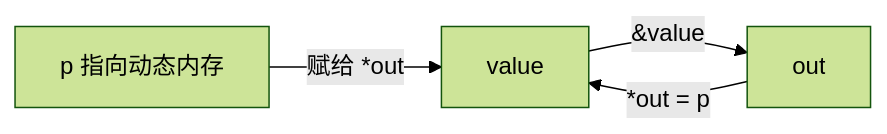
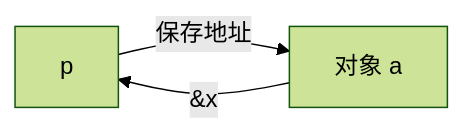
Before and after one commit to shanchuann/TheGitbookLibrary: the fourth of 6 diagrams in C语言圣经/pointers.md, drawn with Mermaid (forest theme). The commit also changed other lines of this file and 4 other files, not shown here.

````diff
--- a/C语言圣经/pointers.md
+++ b/C语言圣经/pointers.md
@@ -495,6 +83,5 @@
 ```mermaid
 flowchart LR
-    A[value] -->|&value| B[out]
-    B -->|*out = p| A
-    C[p 指向动态内存] -->|赋给 *out| A
+    A[p] -->|保存地址| B[对象 a]
+    B -->|&x| A
 ```
````
